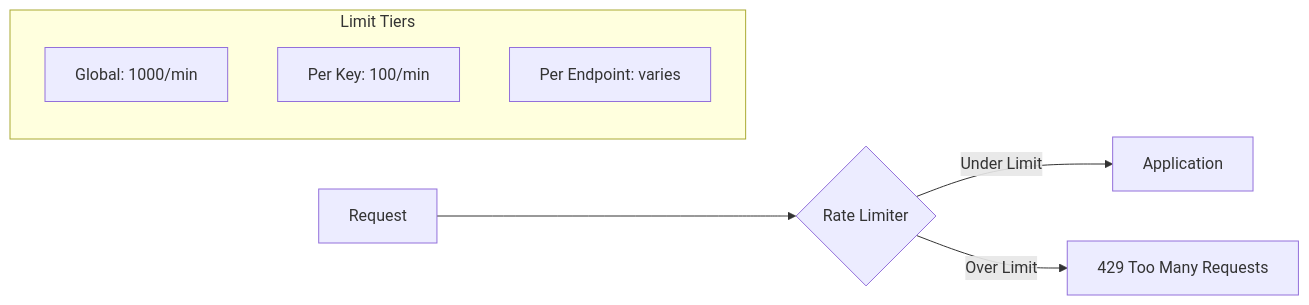
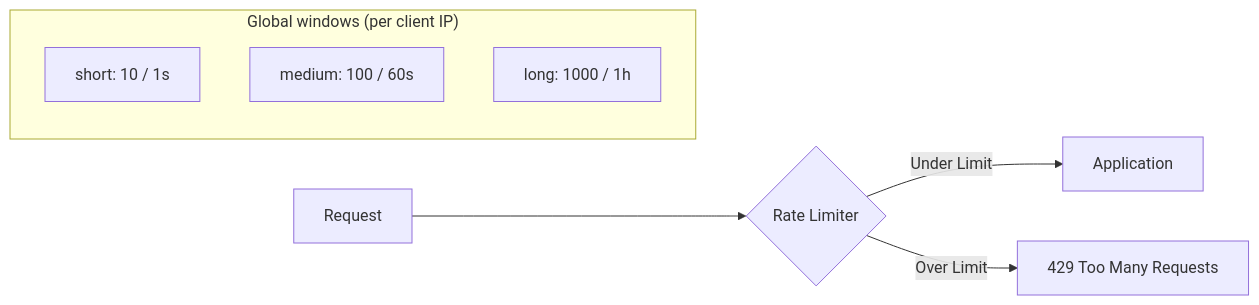
One commit to nourayman21k/OpenWA changed the fifth of 9 diagrams in docs/04-security-design.md. Above: the diagram before and after it, drawn with Mermaid. The commit also changed other lines of this file and 13 other files, not shown here.

````diff
--- a/docs/04-security-design.md
+++ b/docs/04-security-design.md
@@ -341,12 +307,12 @@
 ```mermaid
 flowchart LR
     REQ[Request] --> RL{Rate Limiter}
     RL -->|Under Limit| APP[Application]
     RL -->|Over Limit| ERR[429 Too Many Requests]
     
-    subgraph Limits["Limit Tiers"]
-        T1[Global: 1000/min]
-        T2[Per Key: 100/min]
-        T3[Per Endpoint: varies]
+    subgraph Limits["Global windows (per client IP)"]
+        T1[short: 10 / 1s]
+        T2[medium: 100 / 60s]
+        T3[long: 1000 / 1h]
     end
 ```
````
